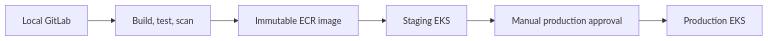
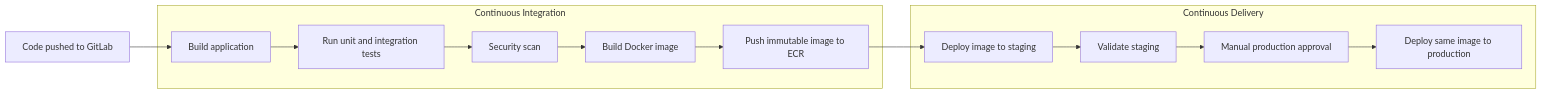
One commit to eb0687/code-keeper changed the diagram in README.md. Above: the diagram before and after it, drawn with Mermaid. The commit also changed other lines of this file and 1 other file, not shown here.

````diff
--- a/README.md
+++ b/README.md
@@ -118,8 +46,26 @@
 ```mermaid
 flowchart LR
-  GitLab[Local GitLab] --> CI[Build, test, scan]
-  CI --> ECR[Immutable ECR image]
-  ECR --> Staging[Staging EKS]
-  Staging --> Approval[Manual production approval]
-  Approval --> Production[Production EKS]
+  GitLab[Code pushed to GitLab]
+
+  subgraph CI[Continuous Integration]
+    Build[Build application]
+    Test[Run unit and integration tests]
+    Scan[Security scan]
+    Image[Build Docker image]
+    Registry[Push immutable image to ECR]
+
+    Build --> Test --> Scan --> Image --> Registry
+  end
+
+  subgraph CD[Continuous Delivery]
+    Staging[Deploy image to staging]
+    Verify[Validate staging]
+    Approval[Manual production approval]
+    Production[Deploy same image to production]
+
+    Staging --> Verify --> Approval --> Production
+  end
+
+  GitLab --> Build
+  Registry --> Staging
 ```
````
